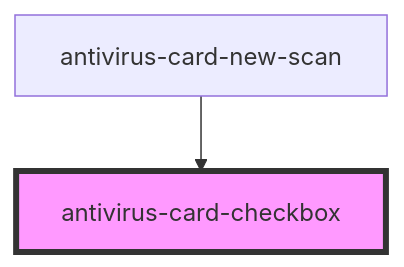
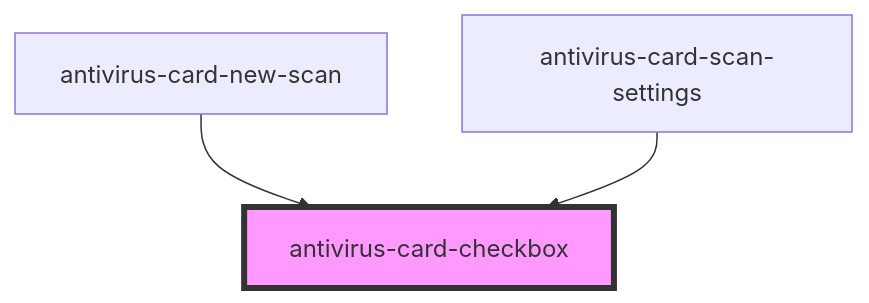
One commit to ispsystem/plugin-imunify changed the diagram in client/packages/antivirus-card/src/components/checkbox/readme.md. Above: the diagram before and after it, drawn with Mermaid. The commit also changed other lines of this file and 33 other files, not shown here.

First line of the commit message:
wip(antivirus-card): 🚧 setting-scan component

````diff
--- a/client/packages/antivirus-card/src/components/checkbox/readme.md
+++ b/client/packages/antivirus-card/src/components/checkbox/readme.md
@@ -33,5 +34,6 @@
 ```mermaid
 graph TD;
   antivirus-card-new-scan --> antivirus-card-checkbox
+  antivirus-card-scan-settings --> antivirus-card-checkbox
   style antivirus-card-checkbox fill:#f9f,stroke:#333,stroke-width:4px
 ```
````
